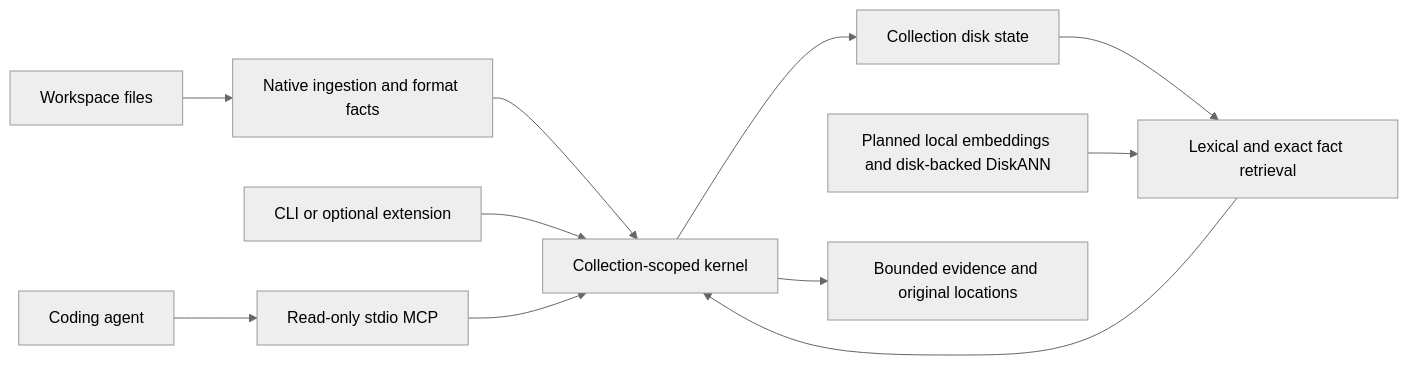
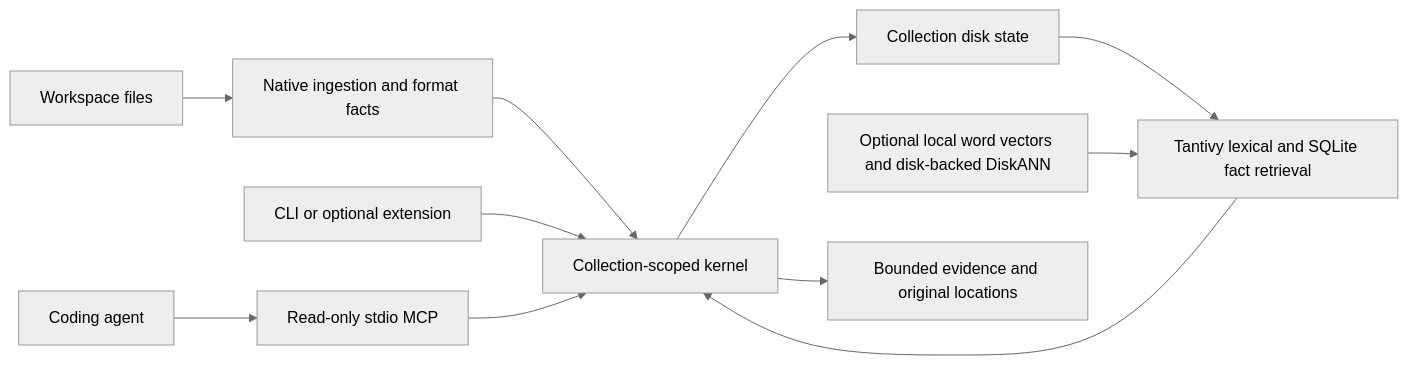
Before and after one commit to iokaio/airk: the diagram in docs/architecture.md, drawn with Mermaid (neutral theme). The commit also changed other lines of this file and 123 other files, not shown here.

```diff
--- a/docs/architecture.md
+++ b/docs/architecture.md
@@ -5,13 +5,13 @@
 ~~~mermaid
 flowchart LR
   W[Workspace files] --> I[Native ingestion and format facts]
   I --> K[Collection-scoped kernel]
   K --> S[Collection disk state]
-  S --> R[Lexical and exact fact retrieval]
-  V[Planned local embeddings and disk-backed DiskANN] --> R
+  S --> R[Tantivy lexical and SQLite fact retrieval]
+  V[Optional local word vectors and disk-backed DiskANN] --> R
   C[CLI or optional extension] --> K
   A[Coding agent] --> M[Read-only stdio MCP]
   M --> K
   R --> K
   K --> E[Bounded evidence and original locations]
 ~~~
```
